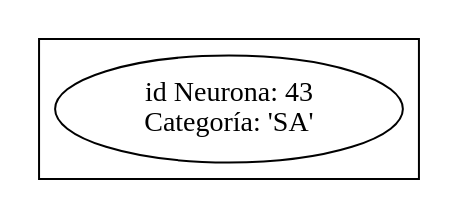
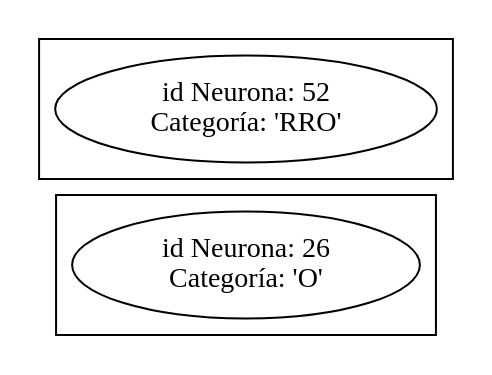
The diagram in Obj/net_hearing.dot (JohansSosa89/Brain-Cemisid-v1.5), drawn with Graphviz before and after one commit. The commit also changed 35 other files, not shown here.

```diff
--- a/Obj/net_hearing.dot
+++ b/Obj/net_hearing.dot
@@ -1,109 +1,111 @@
 graph net_neuron{
 rankdir=LR;
 subgraph cluster_0{ }
 subgraph cluster_1{ }
 subgraph cluster_2{ }
 subgraph cluster_3{ }
 subgraph cluster_4{ }
 subgraph cluster_5{ }
 subgraph cluster_6{ }
 subgraph cluster_7{ }
 subgraph cluster_8{ }
 subgraph cluster_9{ }
 subgraph cluster_10{ }
 subgraph cluster_11{ }
 subgraph cluster_12{ }
 subgraph cluster_13{ }
 subgraph cluster_14{ }
 subgraph cluster_15{ }
 subgraph cluster_16{ }
 subgraph cluster_17{ }
 subgraph cluster_18{ }
 subgraph cluster_19{ }
 subgraph cluster_20{ }
 subgraph cluster_21{ }
 subgraph cluster_22{ }
 subgraph cluster_23{ }
 subgraph cluster_24{ }
 subgraph cluster_25{ }
-subgraph cluster_26{ }
+subgraph cluster_26{ "item26" [label=  "id Neurona: 26\nCategor&iacute;a: 'O'"];
+}
 subgraph cluster_27{ }
 subgraph cluster_28{ }
 subgraph cluster_29{ }
 subgraph cluster_30{ }
 subgraph cluster_31{ }
 subgraph cluster_32{ }
 subgraph cluster_33{ }
 subgraph cluster_34{ }
 subgraph cluster_35{ }
 subgraph cluster_36{ }
 subgraph cluster_37{ }
 subgraph cluster_38{ }
 subgraph cluster_39{ }
 subgraph cluster_40{ }
 subgraph cluster_41{ }
 subgraph cluster_42{ }
-subgraph cluster_43{ "item43" [label=  "id Neurona: 43\nCategor&iacute;a: 'SA'"];
-}
+subgraph cluster_43{ }
 subgraph cluster_44{ }
 subgraph cluster_45{ }
 subgraph cluster_46{ }
 subgraph cluster_47{ }
 subgraph cluster_48{ }
 subgraph cluster_49{ }
 subgraph cluster_50{ }
 subgraph cluster_51{ }
-subgraph cluster_52{ }
+subgraph cluster_52{ "item52" [label=  "id Neurona: 52\nCategor&iacute;a: 'RRO'"];
+}
 subgraph cluster_53{ }
 subgraph cluster_54{ }
 subgraph cluster_55{ }
 subgraph cluster_56{ }
 subgraph cluster_57{ }
 subgraph cluster_58{ }
 subgraph cluster_59{ }
 subgraph cluster_60{ }
 subgraph cluster_61{ }
 subgraph cluster_62{ }
 subgraph cluster_63{ }
 subgraph cluster_64{ }
 subgraph cluster_65{ }
 subgraph cluster_66{ }
 subgraph cluster_67{ }
 subgraph cluster_68{ }
 subgraph cluster_69{ }
 subgraph cluster_70{ }
 subgraph cluster_71{ }
 subgraph cluster_72{ }
 subgraph cluster_73{ }
 subgraph cluster_74{ }
 subgraph cluster_75{ }
 subgraph cluster_76{ }
 subgraph cluster_77{ }
 subgraph cluster_78{ }
 subgraph cluster_79{ }
 subgraph cluster_80{ }
 subgraph cluster_81{ }
 subgraph cluster_82{ }
 subgraph cluster_83{ }
 subgraph cluster_84{ }
 subgraph cluster_85{ }
 subgraph cluster_86{ }
 subgraph cluster_87{ }
 subgraph cluster_88{ }
 subgraph cluster_89{ }
 subgraph cluster_90{ }
 subgraph cluster_91{ }
 subgraph cluster_92{ }
 subgraph cluster_93{ }
 subgraph cluster_94{ }
 subgraph cluster_95{ }
 subgraph cluster_96{ }
 subgraph cluster_97{ }
 subgraph cluster_98{ }
 subgraph cluster_99{ }
 subgraph cluster_100{ }
 subgraph cluster_101{ }
 subgraph cluster_102{ }
 subgraph cluster_103{ }
+subgraph cluster_104{ }
 
 }
```
